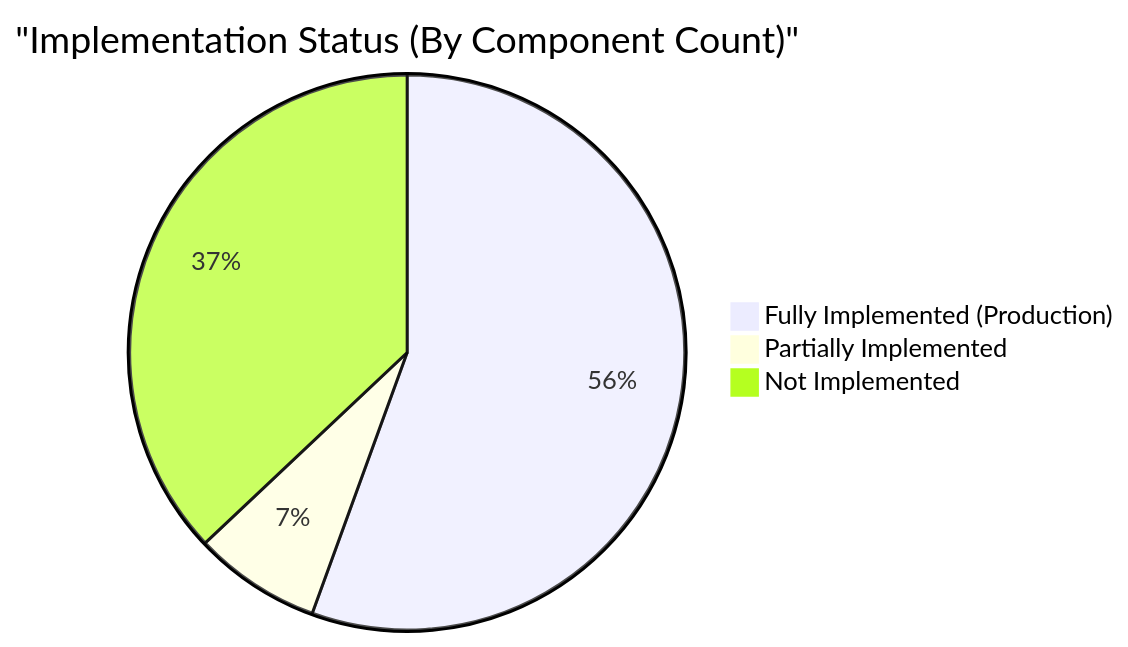
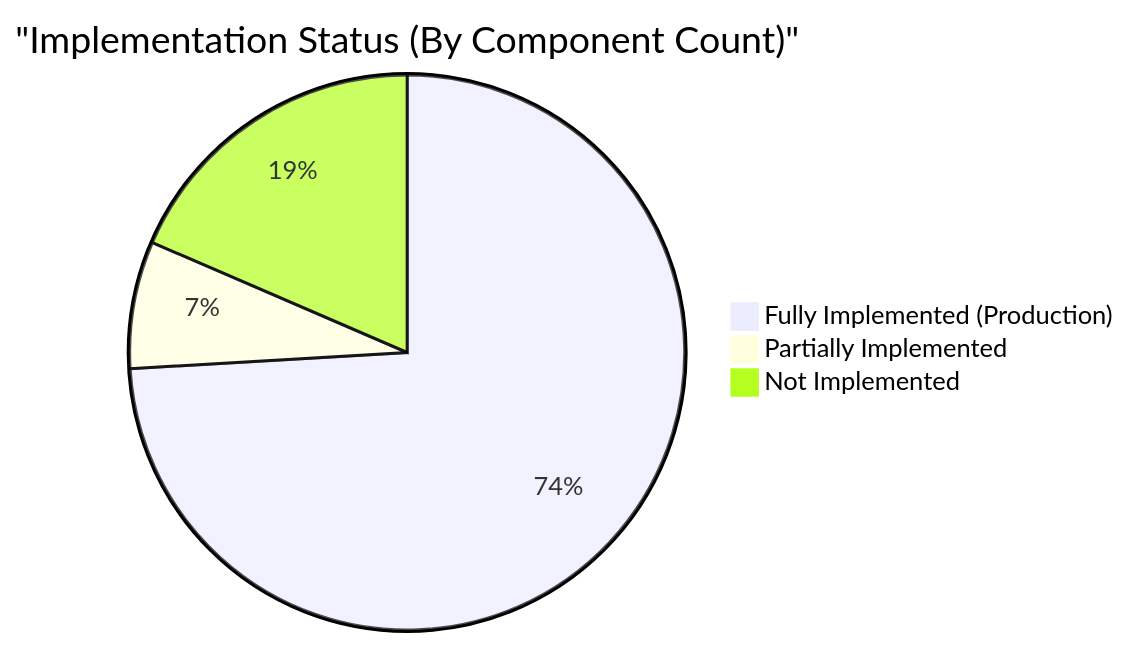
Before and after one commit to Azhundev/oversight-alpr-app: the second of 9 diagrams in docs/ALPR_Pipeline/Project_Architecture_Chart.md, drawn with Mermaid. The commit also changed other lines of this file and 48 other files, not shown here.

First line of the commit message:
docs: Update ALPR Pipeline documentation with monitoring stack and edge/core architecture

````diff
--- a/docs/ALPR_Pipeline/Project_Architecture_Chart.md
+++ b/docs/ALPR_Pipeline/Project_Architecture_Chart.md
@@ -114,6 +133,6 @@
 ```mermaid
 pie title "Implementation Status (By Component Count)"
-    "Fully Implemented (Production)" : 15
+    "Fully Implemented (Production)" : 20
     "Partially Implemented" : 2
-    "Not Implemented" : 10
+    "Not Implemented" : 5
 ```
````
